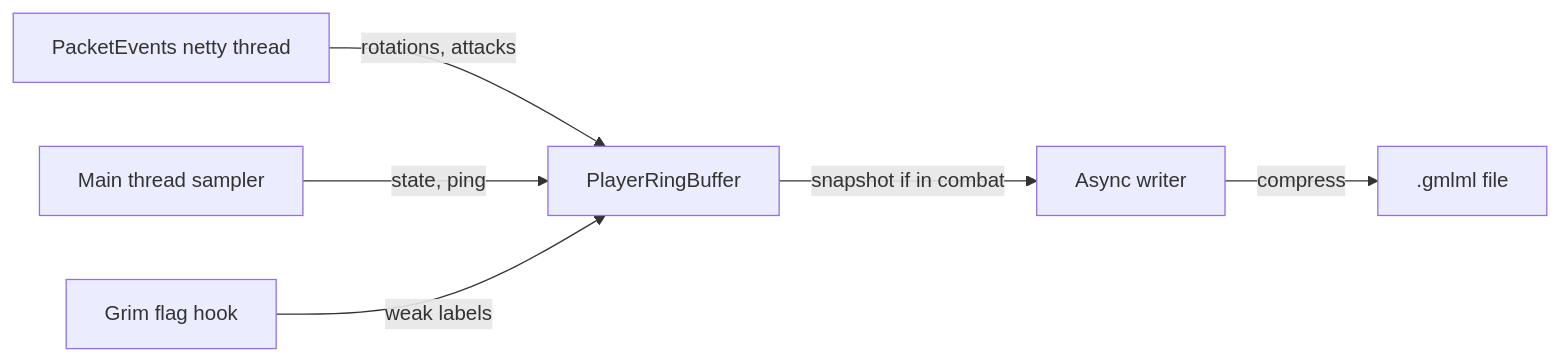
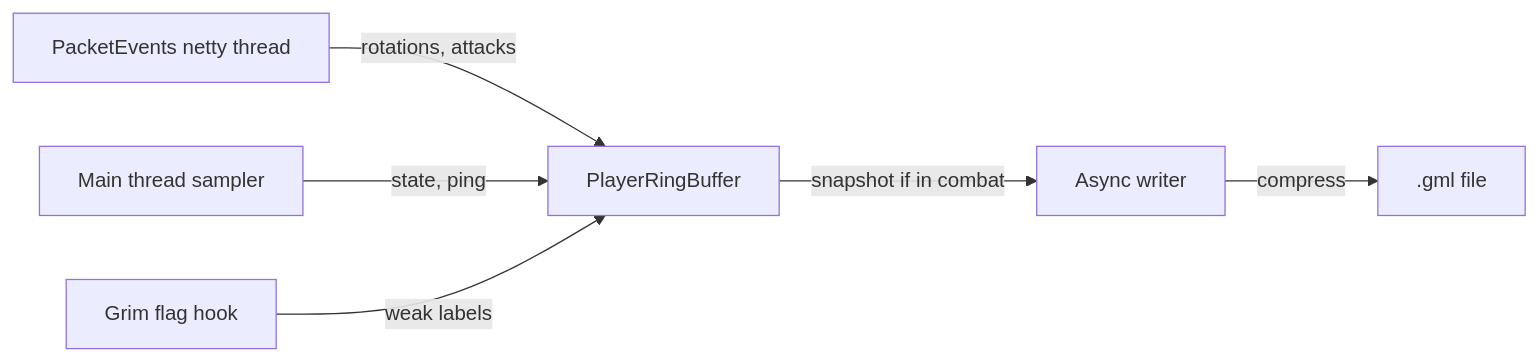
The diagram in README.md (vanillaxtra/grimml), drawn with Mermaid before and after one commit. The commit also changed other lines of this file and 12 other files, not shown here.

````diff
--- a/README.md
+++ b/README.md
@@ -90,8 +90,8 @@
 ```mermaid
 flowchart LR
     A[PacketEvents netty thread] -->|rotations, attacks| B[PlayerRingBuffer]
     C[Main thread sampler] -->|state, ping| B
     D[Grim flag hook] -->|weak labels| B
     B -->|snapshot if in combat| E[Async writer]
-    E -->|compress| F[.gmlml file]
+    E -->|compress| F[.gml file]
 ```
````
